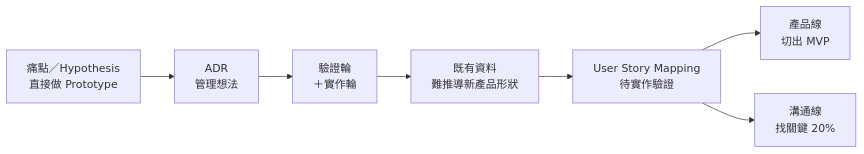
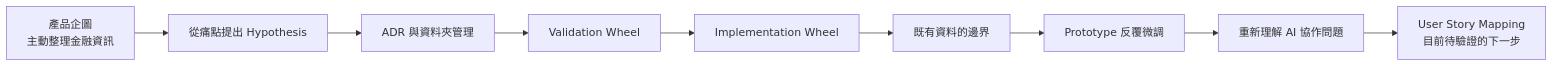
One commit to WilliamCHIU-ETH/3week-mental-map changed the first of 2 diagrams in README.md. Above: the diagram before and after it, drawn with Mermaid. The commit also changed other lines of this file, not shown here.

````diff
--- a/README.md
+++ b/README.md
@@ -9,13 +22,11 @@
 ```mermaid
 flowchart LR
-    A["痛點／Hypothesis<br/>直接做 Prototype"]
-    B["ADR<br/>管理想法"]
-    C["驗證輪<br/>＋實作輪"]
-    D["既有資料<br/>難推導新產品形狀"]
-    E["User Story Mapping<br/>待實作驗證"]
-
-    A --> B --> C --> D --> E
-
-    E --> F["產品線<br/>切出 MVP"]
-    E --> G["溝通線<br/>找關鍵 20%"]
+    A["產品企圖<br/>主動整理金融資訊"] --> B["從痛點提出 Hypothesis"]
+    B --> C["ADR 與資料夾管理"]
+    C --> D["Validation Wheel"]
+    D --> E["Implementation Wheel"]
+    E --> F["既有資料的邊界"]
+    F --> G["Prototype 反覆微調"]
+    G --> H["重新理解 AI 協作問題"]
+    H --> I["User Story Mapping<br/>目前待驗證的下一步"]
 ```
````
